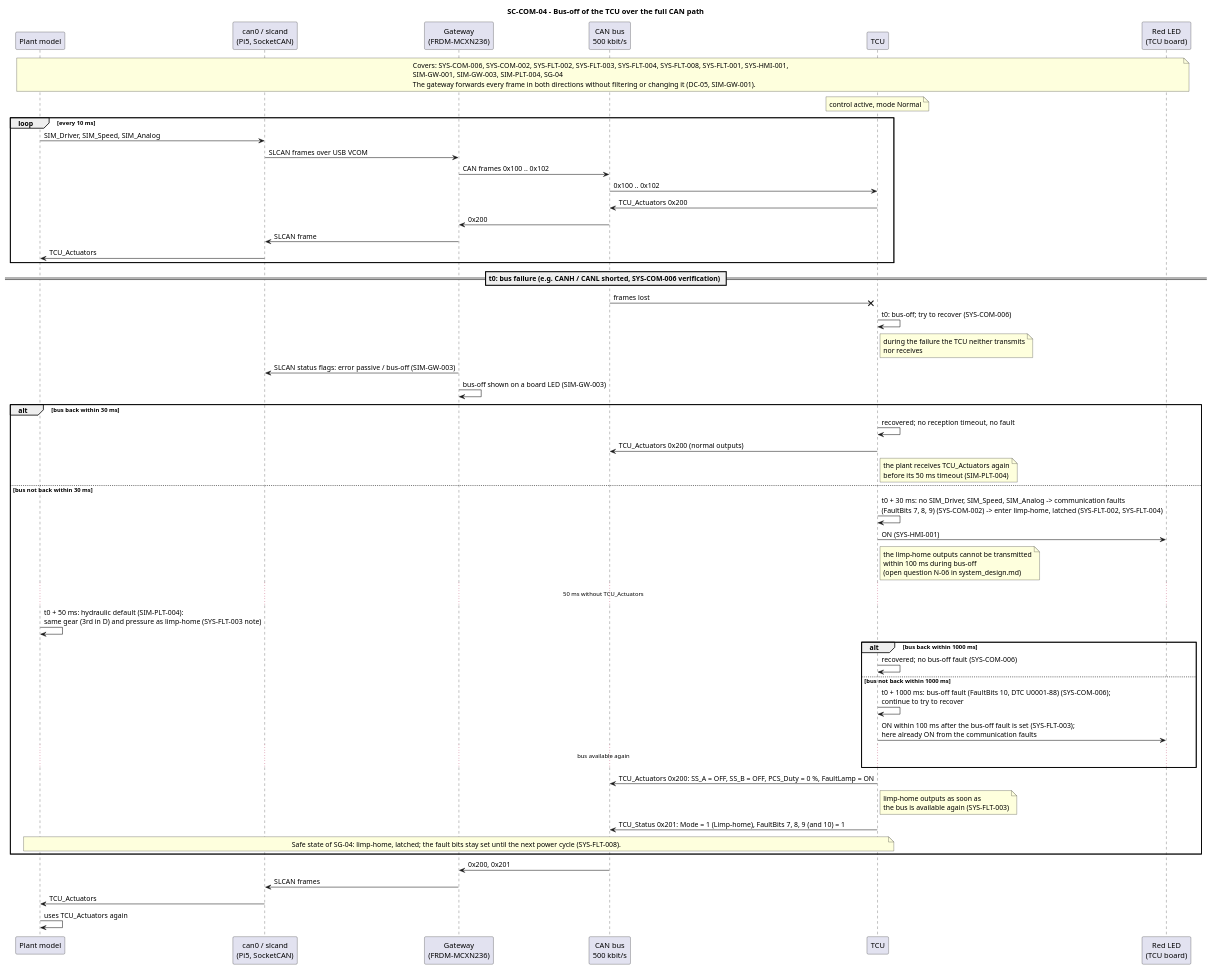
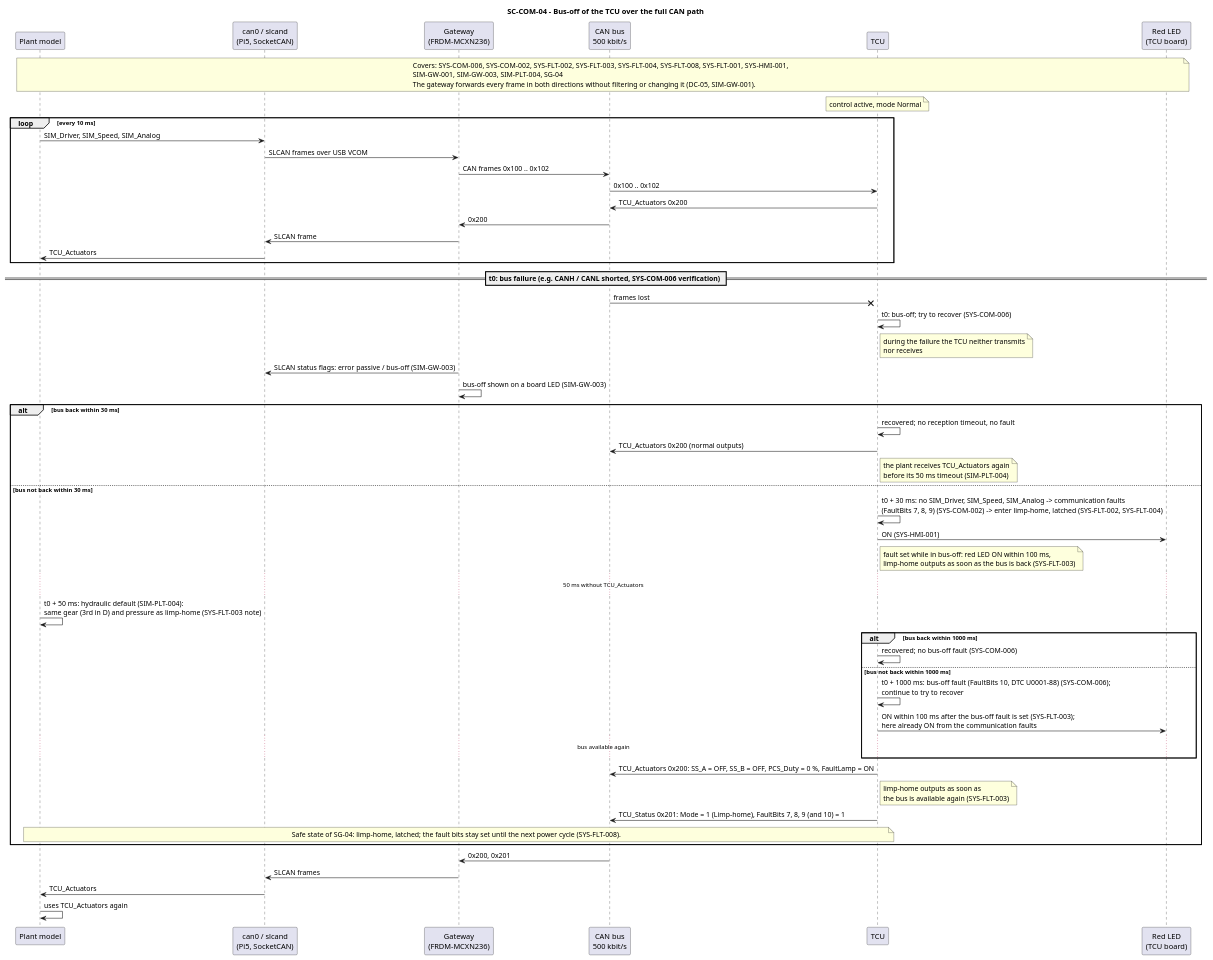
The diagram in docs/architecture/system/diagrams/seq_com_bus_off.puml (cavoidcodon/xAT), drawn with PlantUML before and after one commit. The commit also changed 16 other files, not shown here.

First line of the commit message:
Update system design for spec findings N-01..N-11 (TASK-026)

```diff
--- a/docs/architecture/system/diagrams/seq_com_bus_off.puml
+++ b/docs/architecture/system/diagrams/seq_com_bus_off.puml
@@ -1,61 +1,61 @@
 @startuml seq_com_bus_off
 title SC-COM-04 - Bus-off of the TCU over the full CAN path
 
 participant "Plant model" as Plant
 participant "can0 / slcand\n(Pi5, SocketCAN)" as Can0
 participant "Gateway\n(FRDM-MCXN236)" as GW
 participant "CAN bus\n500 kbit/s" as Bus
 participant "TCU" as TCU
 participant "Red LED\n(TCU board)" as LED
 
 note over Plant, LED
 Covers: SYS-COM-006, SYS-COM-002, SYS-FLT-002, SYS-FLT-003, SYS-FLT-004, SYS-FLT-008, SYS-FLT-001, SYS-HMI-001,
 SIM-GW-001, SIM-GW-003, SIM-PLT-004, SG-04
 The gateway forwards every frame in both directions without filtering or changing it (DC-05, SIM-GW-001).
 end note
 
 note over TCU: control active, mode Normal
 loop every 10 ms
   Plant -> Can0 : SIM_Driver, SIM_Speed, SIM_Analog
   Can0 -> GW : SLCAN frames over USB VCOM
   GW -> Bus : CAN frames 0x100 .. 0x102
   Bus -> TCU : 0x100 .. 0x102
   TCU -> Bus : TCU_Actuators 0x200
   Bus -> GW : 0x200
   GW -> Can0 : SLCAN frame
   Can0 -> Plant : TCU_Actuators
 end
 
 == t0: bus failure (e.g. CANH / CANL shorted, SYS-COM-006 verification) ==
 Bus ->x TCU : frames lost
 TCU -> TCU : t0: bus-off; try to recover (SYS-COM-006)
 note right of TCU: during the failure the TCU neither transmits\nnor receives
 GW -> Can0 : SLCAN status flags: error passive / bus-off (SIM-GW-003)
 GW -> GW : bus-off shown on a board LED (SIM-GW-003)
 alt bus back within 30 ms
   TCU -> TCU : recovered; no reception timeout, no fault
   TCU -> Bus : TCU_Actuators 0x200 (normal outputs)
   note right of TCU: the plant receives TCU_Actuators again\nbefore its 50 ms timeout (SIM-PLT-004)
 else bus not back within 30 ms
   TCU -> TCU : t0 + 30 ms: no SIM_Driver, SIM_Speed, SIM_Analog -> communication faults\n(FaultBits 7, 8, 9) (SYS-COM-002) -> enter limp-home, latched (SYS-FLT-002, SYS-FLT-004)
   TCU -> LED : ON (SYS-HMI-001)
-  note right of TCU: the limp-home outputs cannot be transmitted\nwithin 100 ms during bus-off\n(open question N-06 in system_design.md)
+  note right of TCU: fault set while in bus-off: red LED ON within 100 ms,\nlimp-home outputs as soon as the bus is back (SYS-FLT-003)
   ... 50 ms without TCU_Actuators ...
   Plant -> Plant : t0 + 50 ms: hydraulic default (SIM-PLT-004):\nsame gear (3rd in D) and pressure as limp-home (SYS-FLT-003 note)
   alt bus back within 1000 ms
     TCU -> TCU : recovered; no bus-off fault (SYS-COM-006)
   else bus not back within 1000 ms
     TCU -> TCU : t0 + 1000 ms: bus-off fault (FaultBits 10, DTC U0001-88) (SYS-COM-006);\ncontinue to try to recover
     TCU -> LED : ON within 100 ms after the bus-off fault is set (SYS-FLT-003);\nhere already ON from the communication faults
     ... bus available again ...
   end
   TCU -> Bus : TCU_Actuators 0x200: SS_A = OFF, SS_B = OFF, PCS_Duty = 0 %, FaultLamp = ON
   note right of TCU: limp-home outputs as soon as\nthe bus is available again (SYS-FLT-003)
   TCU -> Bus : TCU_Status 0x201: Mode = 1 (Limp-home), FaultBits 7, 8, 9 (and 10) = 1
   note over Plant, TCU: Safe state of SG-04: limp-home, latched; the fault bits stay set until the next power cycle (SYS-FLT-008).
 end
 Bus -> GW : 0x200, 0x201
 GW -> Can0 : SLCAN frames
 Can0 -> Plant : TCU_Actuators
 Plant -> Plant : uses TCU_Actuators again
 @enduml
```
